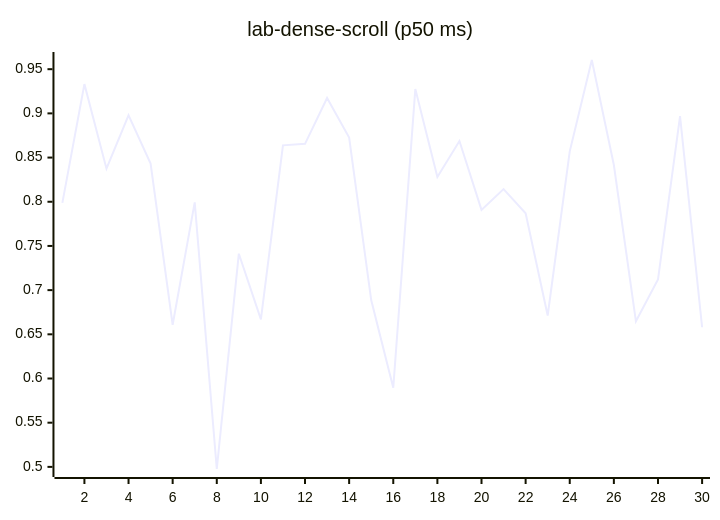
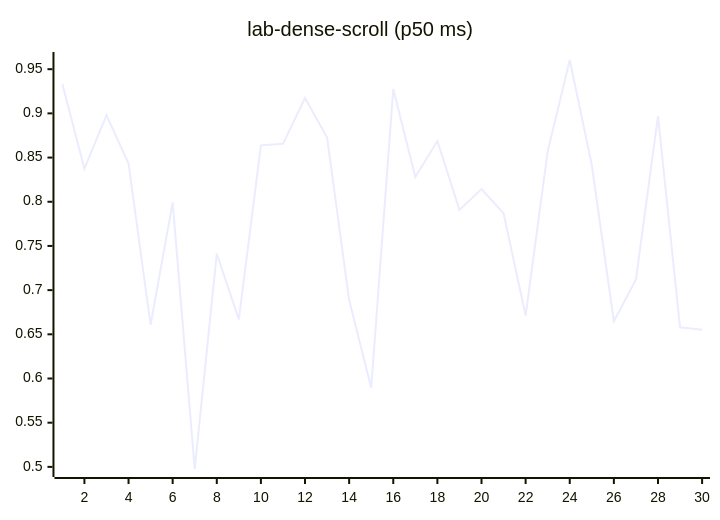
Before and after one commit to josha/Facet: diagram 12 of 27 in README.md, drawn with Mermaid. The commit also changed other lines of this file and 2 other files, not shown here.

````diff
--- a/README.md
+++ b/README.md
@@ -140,6 +140,6 @@
 ```mermaid
 xychart-beta
     title "lab-dense-scroll (p50 ms)"
     x-axis 1 --> 30
-    line [0.7987, 0.9331, 0.8374, 0.8979, 0.8432, 0.6608, 0.7993, 0.4976, 0.7412, 0.6669, 0.8638, 0.8655, 0.9174, 0.8727, 0.6887, 0.5895, 0.9275, 0.8280, 0.8687, 0.7908, 0.8143, 0.7869, 0.6713, 0.8570, 0.9604, 0.8416, 0.6647, 0.7120, 0.8968, 0.6580]
+    line [0.9331, 0.8374, 0.8979, 0.8432, 0.6608, 0.7993, 0.4976, 0.7412, 0.6669, 0.8638, 0.8655, 0.9174, 0.8727, 0.6887, 0.5895, 0.9275, 0.8280, 0.8687, 0.7908, 0.8143, 0.7869, 0.6713, 0.8570, 0.9604, 0.8416, 0.6647, 0.7120, 0.8968, 0.6580, 0.6552]
 ```
````
